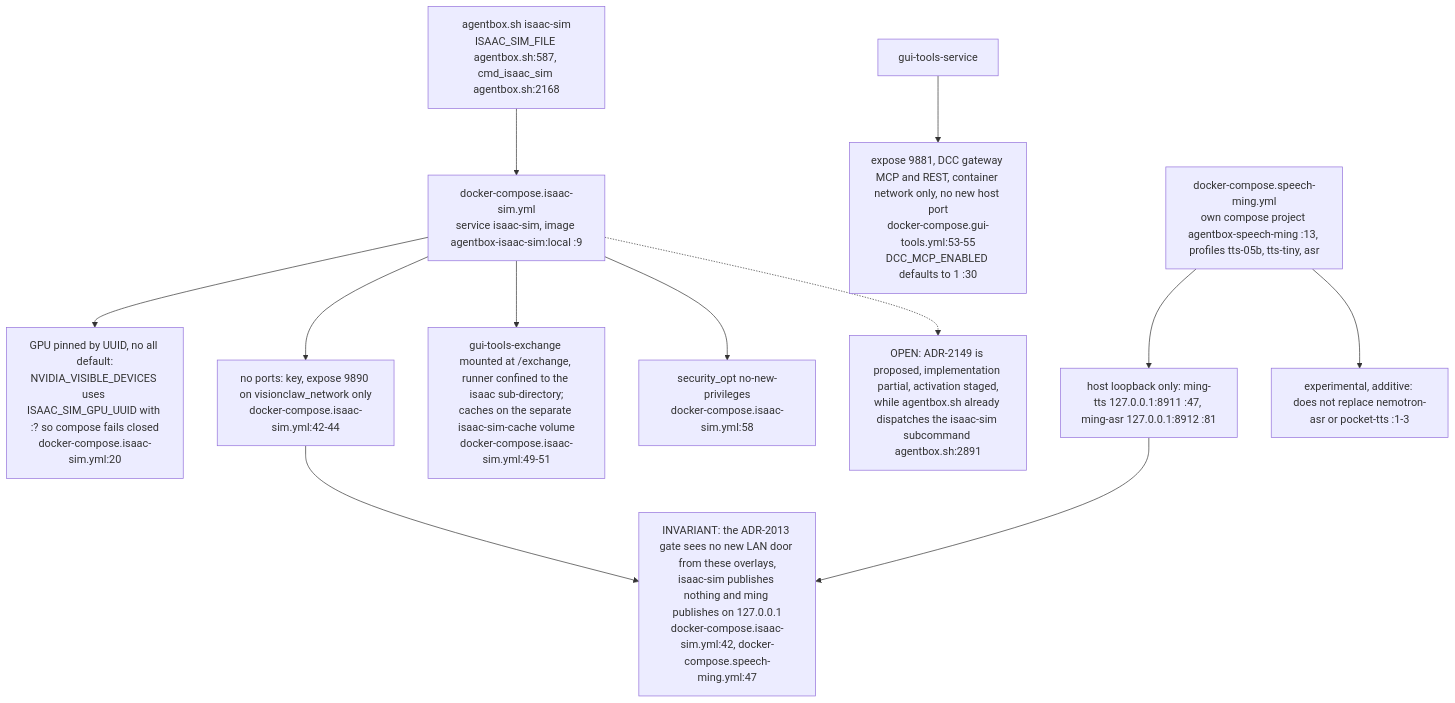
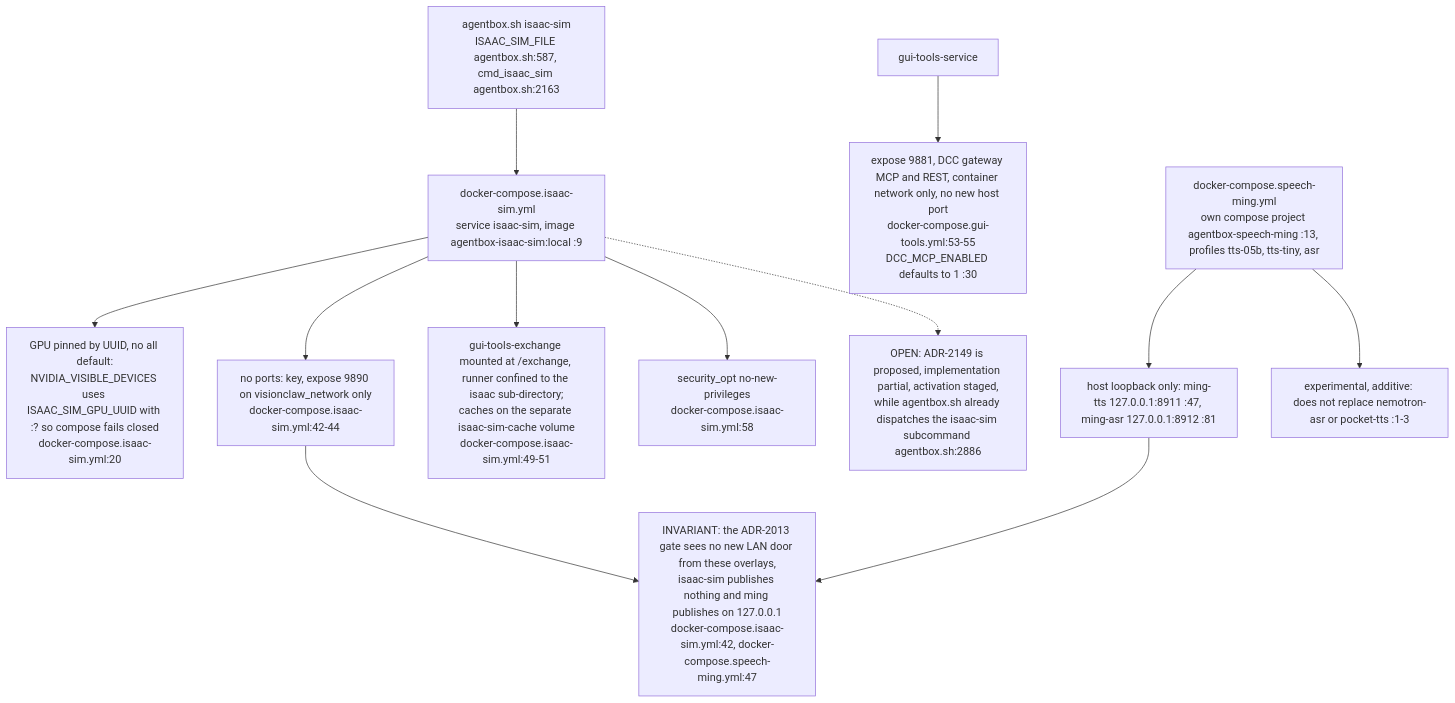
Diagram 14 of 14 in docs/diagrams/agentbox/06-sidecars-and-compose-overlays.md (DreamLab-AI/VisionFlow), drawn with Mermaid before and after one commit. The commit also changed other lines of this file and 7 other files, not shown here.

````diff
--- a/docs/diagrams/agentbox/06-sidecars-and-compose-overlays.md
+++ b/docs/diagrams/agentbox/06-sidecars-and-compose-overlays.md
@@ -405,14 +406,14 @@
 ```mermaid
 flowchart TB
-    CLI["agentbox.sh isaac-sim<br/>ISAAC_SIM_FILE agentbox.sh:587, cmd_isaac_sim agentbox.sh:2168"] --> ISAAC["docker-compose.isaac-sim.yml<br/>service isaac-sim, image agentbox-isaac-sim:local :9"]
+    CLI["agentbox.sh isaac-sim<br/>ISAAC_SIM_FILE agentbox.sh:587, cmd_isaac_sim agentbox.sh:2163"] --> ISAAC["docker-compose.isaac-sim.yml<br/>service isaac-sim, image agentbox-isaac-sim:local :9"]
     ISAAC --> GPU["GPU pinned by UUID, no all default:<br/>NVIDIA_VISIBLE_DEVICES uses ISAAC_SIM_GPU_UUID with :? so compose fails closed<br/>docker-compose.isaac-sim.yml:20"]
     ISAAC --> NOPORT["no ports: key, expose 9890 on visionclaw_network only<br/>docker-compose.isaac-sim.yml:42-44"]
     ISAAC --> EXV["gui-tools-exchange mounted at /exchange, runner confined to the isaac sub-directory;<br/>caches on the separate isaac-sim-cache volume<br/>docker-compose.isaac-sim.yml:49-51"]
     ISAAC --> SECOPT["security_opt no-new-privileges<br/>docker-compose.isaac-sim.yml:58"]
     GT["gui-tools-service"] --> DCC["expose 9881, DCC gateway MCP and REST, container network only, no new host port<br/>docker-compose.gui-tools.yml:53-55<br/>DCC_MCP_ENABLED defaults to 1 :30"]
     MING["docker-compose.speech-ming.yml<br/>own compose project agentbox-speech-ming :13, profiles tts-05b, tts-tiny, asr"] --> MP["host loopback only: ming-tts 127.0.0.1:8911 :47, ming-asr 127.0.0.1:8912 :81"]
     MING --> NOTE["experimental, additive: does not replace nemotron-asr or pocket-tts :1-3"]
     NOPORT --> INV["INVARIANT: the ADR-2013 gate sees no new LAN door from these overlays,<br/>isaac-sim publishes nothing and ming publishes on 127.0.0.1<br/>docker-compose.isaac-sim.yml:42, docker-compose.speech-ming.yml:47"]
     MP --> INV
-    ISAAC -.-> OPENA["OPEN: ADR-2149 is proposed, implementation partial, activation staged,<br/>while agentbox.sh already dispatches the isaac-sim subcommand agentbox.sh:2891"]
+    ISAAC -.-> OPENA["OPEN: ADR-2149 is proposed, implementation partial, activation staged,<br/>while agentbox.sh already dispatches the isaac-sim subcommand agentbox.sh:2886"]
 ```
````
